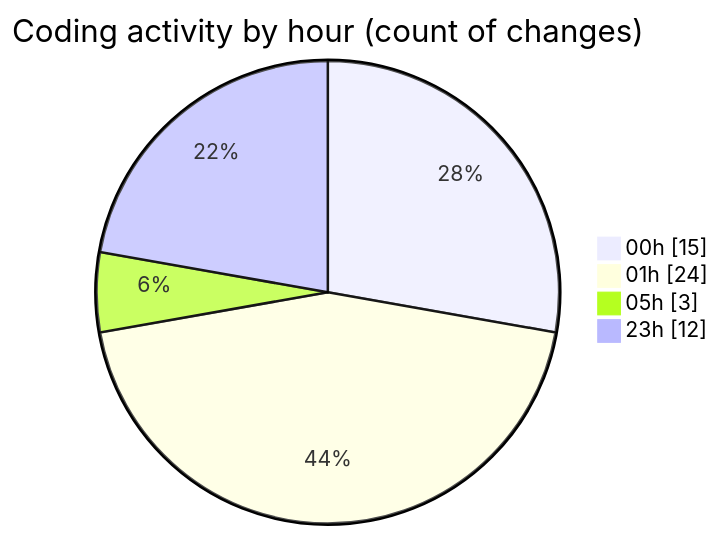
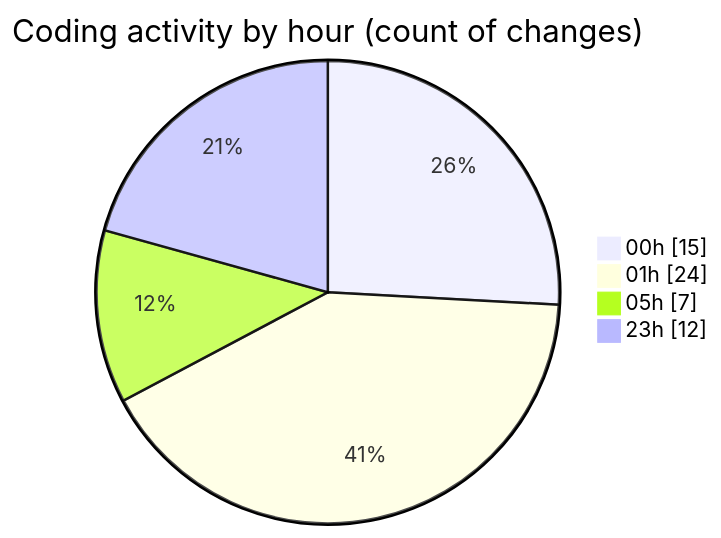
Before and after one commit to julien-gomy/code-tracking: the second of 2 diagrams in 2025-10-31/eventscop-frontend-guide__workspace_/README.md, drawn with Mermaid. The commit also changed other lines of this file and 1 other file, not shown here.

````diff
--- a/2025-10-31/eventscop-frontend-guide__workspace_/README.md
+++ b/2025-10-31/eventscop-frontend-guide__workspace_/README.md
@@ -40,8 +42,8 @@
 ```mermaid
 pie showData
 title Coding activity by hour (count of changes)
 "00h" : 15
 "01h" : 24
-"05h" : 3
+"05h" : 7
 "23h" : 12
 ```
````
